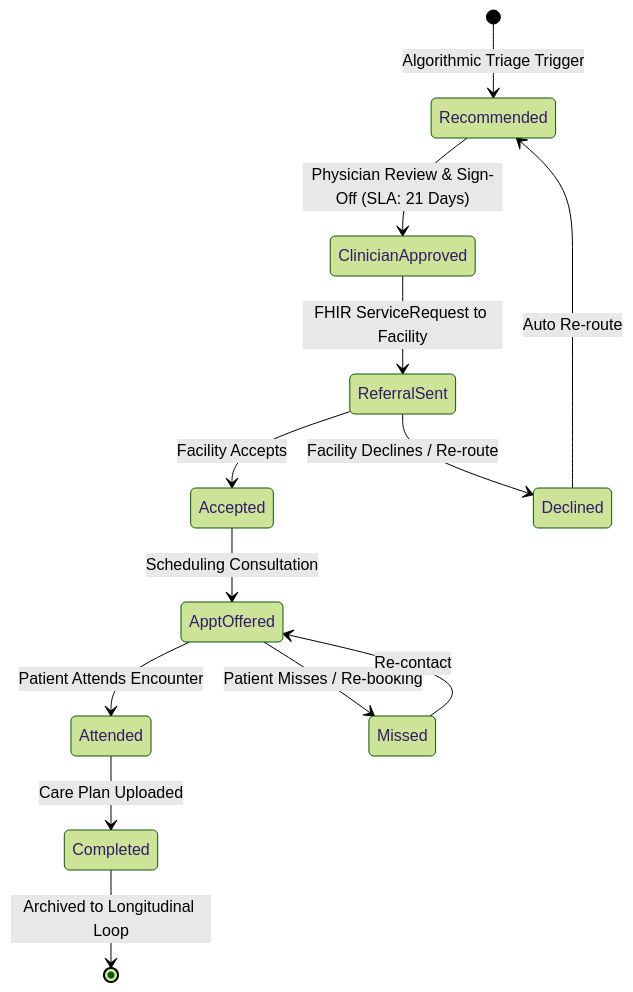
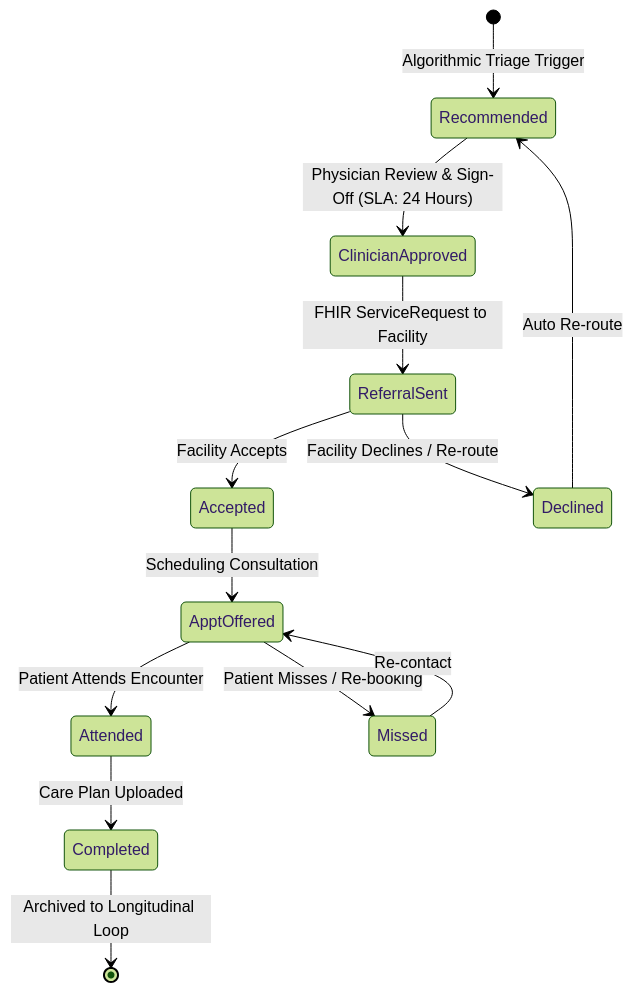
One commit to Oluwapelumi-Solagbade/membrain changed the second of 2 diagrams in MEMBRAIN_COMPREHENSIVE_TECHNICAL_DOCUMENTATION.md. Above: the diagram before and after it, drawn with Mermaid (forest theme). The commit also changed other lines of this file and 14 other files, not shown here.

Commit message:
feat: update clinical review callback SLA from 21 days to within 24 hours

````diff
--- a/MEMBRAIN_COMPREHENSIVE_TECHNICAL_DOCUMENTATION.md
+++ b/MEMBRAIN_COMPREHENSIVE_TECHNICAL_DOCUMENTATION.md
@@ -200,15 +200,15 @@
 ```mermaid
 stateDiagram-v2
     [*] --> Recommended: Algorithmic Triage Trigger
-    Recommended --> ClinicianApproved: Physician Review & Sign-Off (SLA: 21 Days)
+    Recommended --> ClinicianApproved: Physician Review & Sign-Off (SLA: 24 Hours)
     ClinicianApproved --> ReferralSent: FHIR ServiceRequest to Facility
     ReferralSent --> Accepted: Facility Accepts
     ReferralSent --> Declined: Facility Declines / Re-route
     Declined --> Recommended: Auto Re-route
     Accepted --> ApptOffered: Scheduling Consultation
     ApptOffered --> Attended: Patient Attends Encounter
     ApptOffered --> Missed: Patient Misses / Re-booking
     Missed --> ApptOffered: Re-contact
     Attended --> Completed: Care Plan Uploaded
     Completed --> [*]: Archived to Longitudinal Loop
 ```
````
